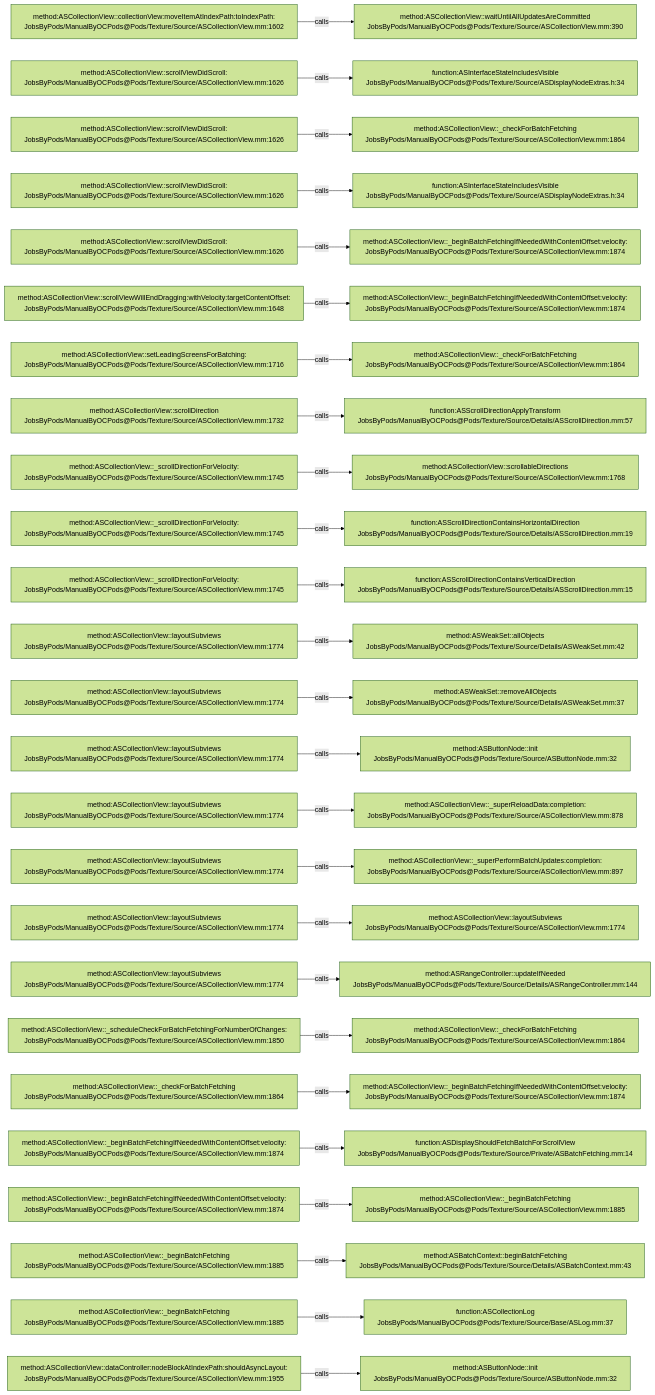
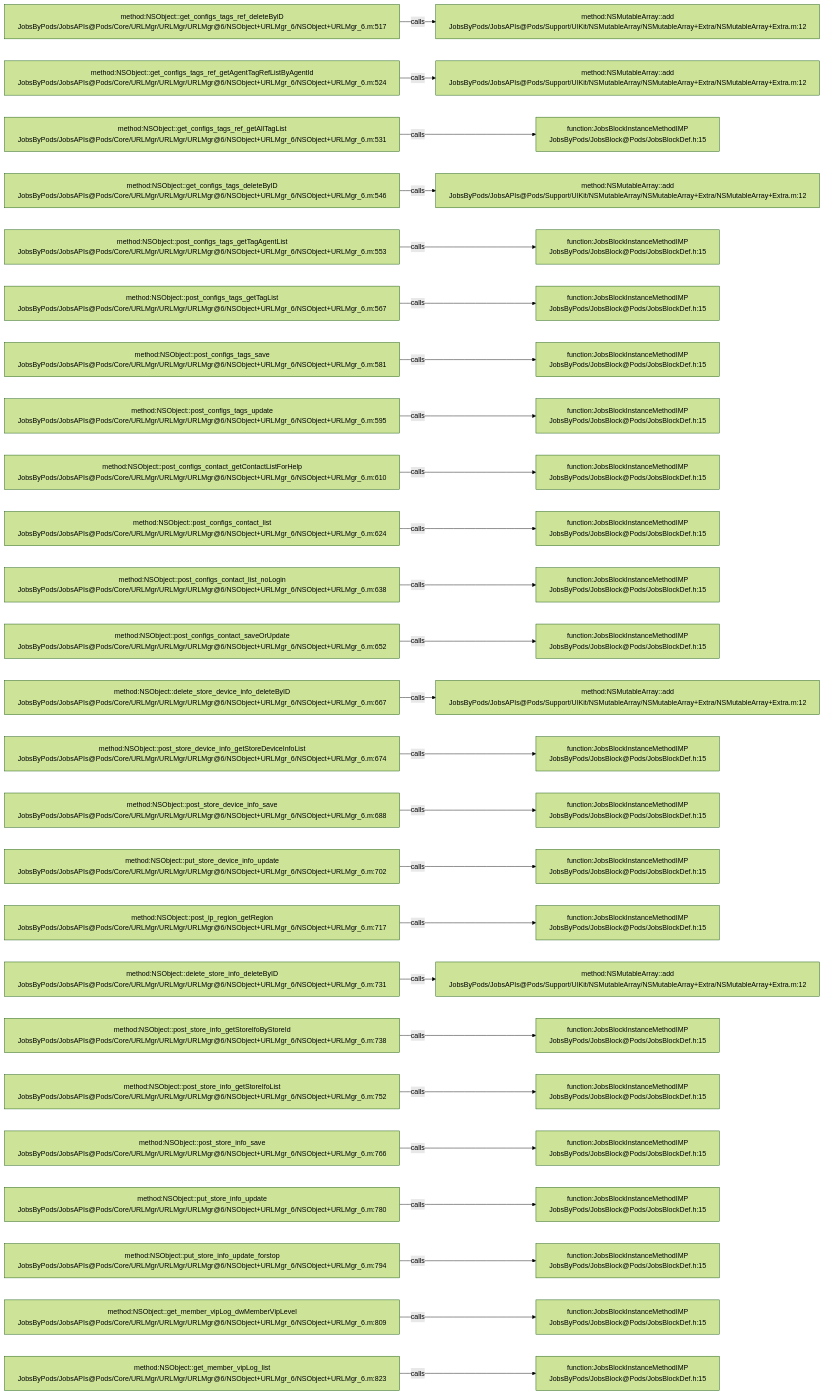
Before and after one commit to JobsKits/JobsOCBaseConfigDemo: the diagram in .codegraph/codegraph.md/graphs/calls-068.md, drawn with Mermaid (forest theme). The commit also changed 768 other files, not shown here.

````diff
--- a/.codegraph/codegraph.md/graphs/calls-068.md
+++ b/.codegraph/codegraph.md/graphs/calls-068.md
@@ -13,78 +13,78 @@
 ```mermaid
 flowchart LR
-  S1["method:ASCollectionView::collectionView:moveItemAtIndexPath:toIndexPath:<br/>JobsByPods/ManualByOCPods@Pods/Texture/Source/ASCollectionView.mm:1602"]
-  T1["method:ASCollectionView::waitUntilAllUpdatesAreCommitted<br/>JobsByPods/ManualByOCPods@Pods/Texture/Source/ASCollectionView.mm:390"]
+  S1["method:NSObject::get_configs_tags_ref_deleteByID<br/>JobsByPods/JobsAPIs@Pods/Core/URLMgr/URLMgr/URLMgr@6/NSObject+URLMgr_6/NSObject+URLMgr_6.m:517"]
+  T1["method:NSMutableArray::add<br/>JobsByPods/JobsAPIs@Pods/Support/UIKit/NSMutableArray/NSMutableArray+Extra/NSMutableArray+Extra.m:12"]
   S1 -->|calls| T1
-  S2["method:ASCollectionView::scrollViewDidScroll:<br/>JobsByPods/ManualByOCPods@Pods/Texture/Source/ASCollectionView.mm:1626"]
-  T2["function:ASInterfaceStateIncludesVisible<br/>JobsByPods/ManualByOCPods@Pods/Texture/Source/ASDisplayNodeExtras.h:34"]
+  S2["method:NSObject::get_configs_tags_ref_getAgentTagRefListByAgentId<br/>JobsByPods/JobsAPIs@Pods/Core/URLMgr/URLMgr/URLMgr@6/NSObject+URLMgr_6/NSObject+URLMgr_6.m:524"]
+  T2["method:NSMutableArray::add<br/>JobsByPods/JobsAPIs@Pods/Support/UIKit/NSMutableArray/NSMutableArray+Extra/NSMutableArray+Extra.m:12"]
   S2 -->|calls| T2
-  S3["method:ASCollectionView::scrollViewDidScroll:<br/>JobsByPods/ManualByOCPods@Pods/Texture/Source/ASCollectionView.mm:1626"]
-  T3["method:ASCollectionView::_checkForBatchFetching<br/>JobsByPods/ManualByOCPods@Pods/Texture/Source/ASCollectionView.mm:1864"]
+  S3["method:NSObject::get_configs_tags_ref_getAllTagList<br/>JobsByPods/JobsAPIs@Pods/Core/URLMgr/URLMgr/URLMgr@6/NSObject+URLMgr_6/NSObject+URLMgr_6.m:531"]
+  T3["function:JobsBlockInstanceMethodIMP<br/>JobsByPods/JobsBlock@Pods/JobsBlockDef.h:15"]
   S3 -->|calls| T3
-  S4["method:ASCollectionView::scrollViewDidScroll:<br/>JobsByPods/ManualByOCPods@Pods/Texture/Source/ASCollectionView.mm:1626"]
-  T4["function:ASInterfaceStateIncludesVisible<br/>JobsByPods/ManualByOCPods@Pods/Texture/Source/ASDisplayNodeExtras.h:34"]
+  S4["method:NSObject::get_configs_tags_deleteByID<br/>JobsByPods/JobsAPIs@Pods/Core/URLMgr/URLMgr/URLMgr@6/NSObject+URLMgr_6/NSObject+URLMgr_6.m:546"]
+  T4["method:NSMutableArray::add<br/>JobsByPods/JobsAPIs@Pods/Support/UIKit/NSMutableArray/NSMutableArray+Extra/NSMutableArray+Extra.m:12"]
   S4 -->|calls| T4
-  S5["method:ASCollectionView::scrollViewDidScroll:<br/>JobsByPods/ManualByOCPods@Pods/Texture/Source/ASCollectionView.mm:1626"]
-  T5["method:ASCollectionView::_beginBatchFetchingIfNeededWithContentOffset:velocity:<br/>JobsByPods/ManualByOCPods@Pods/Texture/Source/ASCollectionView.mm:1874"]
+  S5["method:NSObject::post_configs_tags_getTagAgentList<br/>JobsByPods/JobsAPIs@Pods/Core/URLMgr/URLMgr/URLMgr@6/NSObject+URLMgr_6/NSObject+URLMgr_6.m:553"]
+  T5["function:JobsBlockInstanceMethodIMP<br/>JobsByPods/JobsBlock@Pods/JobsBlockDef.h:15"]
   S5 -->|calls| T5
-  S6["method:ASCollectionView::scrollViewWillEndDragging:withVelocity:targetContentOffset:<br/>JobsByPods/ManualByOCPods@Pods/Texture/Source/ASCollectionView.mm:1648"]
-  T6["method:ASCollectionView::_beginBatchFetchingIfNeededWithContentOffset:velocity:<br/>JobsByPods/ManualByOCPods@Pods/Texture/Source/ASCollectionView.mm:1874"]
+  S6["method:NSObject::post_configs_tags_getTagList<br/>JobsByPods/JobsAPIs@Pods/Core/URLMgr/URLMgr/URLMgr@6/NSObject+URLMgr_6/NSObject+URLMgr_6.m:567"]
+  T6["function:JobsBlockInstanceMethodIMP<br/>JobsByPods/JobsBlock@Pods/JobsBlockDef.h:15"]
   S6 -->|calls| T6
-  S7["method:ASCollectionView::setLeadingScreensForBatching:<br/>JobsByPods/ManualByOCPods@Pods/Texture/Source/ASCollectionView.mm:1716"]
-  T7["method:ASCollectionView::_checkForBatchFetching<br/>JobsByPods/ManualByOCPods@Pods/Texture/Source/ASCollectionView.mm:1864"]
+  S7["method:NSObject::post_configs_tags_save<br/>JobsByPods/JobsAPIs@Pods/Core/URLMgr/URLMgr/URLMgr@6/NSObject+URLMgr_6/NSObject+URLMgr_6.m:581"]
+  T7["function:JobsBlockInstanceMethodIMP<br/>JobsByPods/JobsBlock@Pods/JobsBlockDef.h:15"]
   S7 -->|calls| T7
-  S8["method:ASCollectionView::scrollDirection<br/>JobsByPods/ManualByOCPods@Pods/Texture/Source/ASCollectionView.mm:1732"]
-  T8["function:ASScrollDirectionApplyTransform<br/>JobsByPods/ManualByOCPods@Pods/Texture/Source/Details/ASScrollDirection.mm:57"]
+  S8["method:NSObject::post_configs_tags_update<br/>JobsByPods/JobsAPIs@Pods/Core/URLMgr/URLMgr/URLMgr@6/NSObject+URLMgr_6/NSObject+URLMgr_6.m:595"]
+  T8["function:JobsBlockInstanceMethodIMP<br/>JobsByPods/JobsBlock@Pods/JobsBlockDef.h:15"]
   S8 -->|calls| T8
-  S9["method:ASCollectionView::_scrollDirectionForVelocity:<br/>JobsByPods/ManualByOCPods@Pods/Texture/Source/ASCollectionView.mm:1745"]
-  T9["method:ASCollectionView::scrollableDirections<br/>JobsByPods/ManualByOCPods@Pods/Texture/Source/ASCollectionView.mm:1768"]
+  S9["method:NSObject::post_configs_contact_getContactListForHelp<br/>JobsByPods/JobsAPIs@Pods/Core/URLMgr/URLMgr/URLMgr@6/NSObject+URLMgr_6/NSObject+URLMgr_6.m:610"]
+  T9["function:JobsBlockInstanceMethodIMP<br/>JobsByPods/JobsBlock@Pods/JobsBlockDef.h:15"]
   S9 -->|calls| T9
-  S10["method:ASCollectionView::_scrollDirectionForVelocity:<br/>JobsByPods/ManualByOCPods@Pods/Texture/Source/ASCollectionView.mm:1745"]
-  T10["function:ASScrollDirectionContainsHorizontalDirection<br/>JobsByPods/ManualByOCPods@Pods/Texture/Source/Details/ASScrollDirection.mm:19"]
+  S10["method:NSObject::post_configs_contact_list<br/>JobsByPods/JobsAPIs@Pods/Core/URLMgr/URLMgr/URLMgr@6/NSObject+URLMgr_6/NSObject+URLMgr_6.m:624"]
+  T10["function:JobsBlockInstanceMethodIMP<br/>JobsByPods/JobsBlock@Pods/JobsBlockDef.h:15"]
   S10 -->|calls| T10
-  S11["method:ASCollectionView::_scrollDirectionForVelocity:<br/>JobsByPods/ManualByOCPods@Pods/Texture/Source/ASCollectionView.mm:1745"]
-  T11["function:ASScrollDirectionContainsVerticalDirection<br/>JobsByPods/ManualByOCPods@Pods/Texture/Source/Details/ASScrollDirection.mm:15"]
+  S11["method:NSObject::post_configs_contact_list_noLogin<br/>JobsByPods/JobsAPIs@Pods/Core/URLMgr/URLMgr/URLMgr@6/NSObject+URLMgr_6/NSObject+URLMgr_6.m:638"]
+  T11["function:JobsBlockInstanceMethodIMP<br/>JobsByPods/JobsBlock@Pods/JobsBlockDef.h:15"]
   S11 -->|calls| T11
-  S12["method:ASCollectionView::layoutSubviews<br/>JobsByPods/ManualByOCPods@Pods/Texture/Source/ASCollectionView.mm:1774"]
-  T12["method:ASWeakSet::allObjects<br/>JobsByPods/ManualByOCPods@Pods/Texture/Source/Details/ASWeakSet.mm:42"]
+  S12["method:NSObject::post_configs_contact_saveOrUpdate<br/>JobsByPods/JobsAPIs@Pods/Core/URLMgr/URLMgr/URLMgr@6/NSObject+URLMgr_6/NSObject+URLMgr_6.m:652"]
+  T12["function:JobsBlockInstanceMethodIMP<br/>JobsByPods/JobsBlock@Pods/JobsBlockDef.h:15"]
   S12 -->|calls| T12
-  S13["method:ASCollectionView::layoutSubviews<br/>JobsByPods/ManualByOCPods@Pods/Texture/Source/ASCollectionView.mm:1774"]
-  T13["method:ASWeakSet::removeAllObjects<br/>JobsByPods/ManualByOCPods@Pods/Texture/Source/Details/ASWeakSet.mm:37"]
+  S13["method:NSObject::delete_store_device_info_deleteByID<br/>JobsByPods/JobsAPIs@Pods/Core/URLMgr/URLMgr/URLMgr@6/NSObject+URLMgr_6/NSObject+URLMgr_6.m:667"]
+  T13["method:NSMutableArray::add<br/>JobsByPods/JobsAPIs@Pods/Support/UIKit/NSMutableArray/NSMutableArray+Extra/NSMutableArray+Extra.m:12"]
   S13 -->|calls| T13
-  S14["method:ASCollectionView::layoutSubviews<br/>JobsByPods/ManualByOCPods@Pods/Texture/Source/ASCollectionView.mm:1774"]
-  T14["method:ASButtonNode::init<br/>JobsByPods/ManualByOCPods@Pods/Texture/Source/ASButtonNode.mm:32"]
+  S14["method:NSObject::post_store_device_info_getStoreDeviceInfoList<br/>JobsByPods/JobsAPIs@Pods/Core/URLMgr/URLMgr/URLMgr@6/NSObject+URLMgr_6/NSObject+URLMgr_6.m:674"]
+  T14["function:JobsBlockInstanceMethodIMP<br/>JobsByPods/JobsBlock@Pods/JobsBlockDef.h:15"]
   S14 -->|calls| T14
-  S15["method:ASCollectionView::layoutSubviews<br/>JobsByPods/ManualByOCPods@Pods/Texture/Source/ASCollectionView.mm:1774"]
-  T15["method:ASCollectionView::_superReloadData:completion:<br/>JobsByPods/ManualByOCPods@Pods/Texture/Source/ASCollectionView.mm:878"]
+  S15["method:NSObject::post_store_device_info_save<br/>JobsByPods/JobsAPIs@Pods/Core/URLMgr/URLMgr/URLMgr@6/NSObject+URLMgr_6/NSObject+URLMgr_6.m:688"]
+  T15["function:JobsBlockInstanceMethodIMP<br/>JobsByPods/JobsBlock@Pods/JobsBlockDef.h:15"]
   S15 -->|calls| T15
-  S16["method:ASCollectionView::layoutSubviews<br/>JobsByPods/ManualByOCPods@Pods/Texture/Source/ASCollectionView.mm:1774"]
-  T16["method:ASCollectionView::_superPerformBatchUpdates:completion:<br/>JobsByPods/ManualByOCPods@Pods/Texture/Source/ASCollectionView.mm:897"]
+  S16["method:NSObject::put_store_device_info_update<br/>JobsByPods/JobsAPIs@Pods/Core/URLMgr/URLMgr/URLMgr@6/NSObject+URLMgr_6/NSObject+URLMgr_6.m:702"]
+  T16["function:JobsBlockInstanceMethodIMP<br/>JobsByPods/JobsBlock@Pods/JobsBlockDef.h:15"]
   S16 -->|calls| T16
-  S17["method:ASCollectionView::layoutSubviews<br/>JobsByPods/ManualByOCPods@Pods/Texture/Source/ASCollectionView.mm:1774"]
-  T17["method:ASCollectionView::layoutSubviews<br/>JobsByPods/ManualByOCPods@Pods/Texture/Source/ASCollectionView.mm:1774"]
+  S17["method:NSObject::post_ip_region_getRegion<br/>JobsByPods/JobsAPIs@Pods/Core/URLMgr/URLMgr/URLMgr@6/NSObject+URLMgr_6/NSObject+URLMgr_6.m:717"]
+  T17["function:JobsBlockInstanceMethodIMP<br/>JobsByPods/JobsBlock@Pods/JobsBlockDef.h:15"]
   S17 -->|calls| T17
-  S18["method:ASCollectionView::layoutSubviews<br/>JobsByPods/ManualByOCPods@Pods/Texture/Source/ASCollectionView.mm:1774"]
-  T18["method:ASRangeController::updateIfNeeded<br/>JobsByPods/ManualByOCPods@Pods/Texture/Source/Details/ASRangeController.mm:144"]
+  S18["method:NSObject::delete_store_info_deleteByID<br/>JobsByPods/JobsAPIs@Pods/Core/URLMgr/URLMgr/URLMgr@6/NSObject+URLMgr_6/NSObject+URLMgr_6.m:731"]
+  T18["method:NSMutableArray::add<br/>JobsByPods/JobsAPIs@Pods/Support/UIKit/NSMutableArray/NSMutableArray+Extra/NSMutableArray+Extra.m:12"]
   S18 -->|calls| T18
-  S19["method:ASCollectionView::_scheduleCheckForBatchFetchingForNumberOfChanges:<br/>JobsByPods/ManualByOCPods@Pods/Texture/Source/ASCollectionView.mm:1850"]
-  T19["method:ASCollectionView::_checkForBatchFetching<br/>JobsByPods/ManualByOCPods@Pods/Texture/Source/ASCollectionView.mm:1864"]
+  S19["method:NSObject::post_store_info_getStoreIfoByStoreId<br/>JobsByPods/JobsAPIs@Pods/Core/URLMgr/URLMgr/URLMgr@6/NSObject+URLMgr_6/NSObject+URLMgr_6.m:738"]
+  T19["function:JobsBlockInstanceMethodIMP<br/>JobsByPods/JobsBlock@Pods/JobsBlockDef.h:15"]
   S19 -->|calls| T19
-  S20["method:ASCollectionView::_checkForBatchFetching<br/>JobsByPods/ManualByOCPods@Pods/Texture/Source/ASCollectionView.mm:1864"]
-  T20["method:ASCollectionView::_beginBatchFetchingIfNeededWithContentOffset:velocity:<br/>JobsByPods/ManualByOCPods@Pods/Texture/Source/ASCollectionView.mm:1874"]
+  S20["method:NSObject::post_store_info_getStoreIfoList<br/>JobsByPods/JobsAPIs@Pods/Core/URLMgr/URLMgr/URLMgr@6/NSObject+URLMgr_6/NSObject+URLMgr_6.m:752"]
+  T20["function:JobsBlockInstanceMethodIMP<br/>JobsByPods/JobsBlock@Pods/JobsBlockDef.h:15"]
   S20 -->|calls| T20
-  S21["method:ASCollectionView::_beginBatchFetchingIfNeededWithContentOffset:velocity:<br/>JobsByPods/ManualByOCPods@Pods/Texture/Source/ASCollectionView.mm:1874"]
-  T21["function:ASDisplayShouldFetchBatchForScrollView<br/>JobsByPods/ManualByOCPods@Pods/Texture/Source/Private/ASBatchFetching.mm:14"]
+  S21["method:NSObject::post_store_info_save<br/>JobsByPods/JobsAPIs@Pods/Core/URLMgr/URLMgr/URLMgr@6/NSObject+URLMgr_6/NSObject+URLMgr_6.m:766"]
+  T21["function:JobsBlockInstanceMethodIMP<br/>JobsByPods/JobsBlock@Pods/JobsBlockDef.h:15"]
   S21 -->|calls| T21
-  S22["method:ASCollectionView::_beginBatchFetchingIfNeededWithContentOffset:velocity:<br/>JobsByPods/ManualByOCPods@Pods/Texture/Source/ASCollectionView.mm:1874"]
-  T22["method:ASCollectionView::_beginBatchFetching<br/>JobsByPods/ManualByOCPods@Pods/Texture/Source/ASCollectionView.mm:1885"]
+  S22["method:NSObject::put_store_info_update<br/>JobsByPods/JobsAPIs@Pods/Core/URLMgr/URLMgr/URLMgr@6/NSObject+URLMgr_6/NSObject+URLMgr_6.m:780"]
+  T22["function:JobsBlockInstanceMethodIMP<br/>JobsByPods/JobsBlock@Pods/JobsBlockDef.h:15"]
   S22 -->|calls| T22
-  S23["method:ASCollectionView::_beginBatchFetching<br/>JobsByPods/ManualByOCPods@Pods/Texture/Source/ASCollectionView.mm:1885"]
-  T23["method:ASBatchContext::beginBatchFetching<br/>JobsByPods/ManualByOCPods@Pods/Texture/Source/Details/ASBatchContext.mm:43"]
+  S23["method:NSObject::put_store_info_update_forstop<br/>JobsByPods/JobsAPIs@Pods/Core/URLMgr/URLMgr/URLMgr@6/NSObject+URLMgr_6/NSObject+URLMgr_6.m:794"]
+  T23["function:JobsBlockInstanceMethodIMP<br/>JobsByPods/JobsBlock@Pods/JobsBlockDef.h:15"]
   S23 -->|calls| T23
-  S24["method:ASCollectionView::_beginBatchFetching<br/>JobsByPods/ManualByOCPods@Pods/Texture/Source/ASCollectionView.mm:1885"]
-  T24["function:ASCollectionLog<br/>JobsByPods/ManualByOCPods@Pods/Texture/Source/Base/ASLog.mm:37"]
+  S24["method:NSObject::get_member_vipLog_dwMemberVipLevel<br/>JobsByPods/JobsAPIs@Pods/Core/URLMgr/URLMgr/URLMgr@6/NSObject+URLMgr_6/NSObject+URLMgr_6.m:809"]
+  T24["function:JobsBlockInstanceMethodIMP<br/>JobsByPods/JobsBlock@Pods/JobsBlockDef.h:15"]
   S24 -->|calls| T24
-  S25["method:ASCollectionView::dataController:nodeBlockAtIndexPath:shouldAsyncLayout:<br/>JobsByPods/ManualByOCPods@Pods/Texture/Source/ASCollectionView.mm:1955"]
-  T25["method:ASButtonNode::init<br/>JobsByPods/ManualByOCPods@Pods/Texture/Source/ASButtonNode.mm:32"]
+  S25["method:NSObject::get_member_vipLog_list<br/>JobsByPods/JobsAPIs@Pods/Core/URLMgr/URLMgr/URLMgr@6/NSObject+URLMgr_6/NSObject+URLMgr_6.m:823"]
+  T25["function:JobsBlockInstanceMethodIMP<br/>JobsByPods/JobsBlock@Pods/JobsBlockDef.h:15"]
   S25 -->|calls| T25
 ```
````
